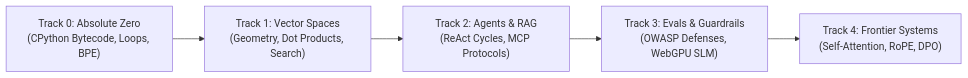
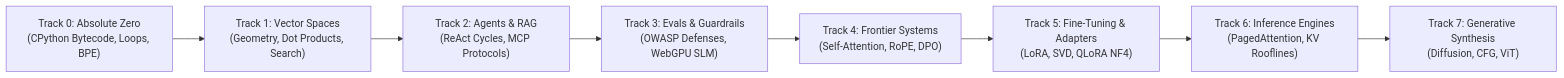
The diagram in explainer.md (Adilrafiq001/OpenGuideForAI), drawn with Mermaid before and after one commit. The commit also changed other lines of this file and 16 other files, not shown here.

````diff
--- a/explainer.md
+++ b/explainer.md
@@ -292,10 +292,13 @@
 ```mermaid
 graph LR
     T0["Track 0: Absolute Zero<br/>(CPython Bytecode, Loops, BPE)"]
     T1["Track 1: Vector Spaces<br/>(Geometry, Dot Products, Search)"]
     T2["Track 2: Agents & RAG<br/>(ReAct Cycles, MCP Protocols)"]
     T3["Track 3: Evals & Guardrails<br/>(OWASP Defenses, WebGPU SLM)"]
     T4["Track 4: Frontier Systems<br/>(Self-Attention, RoPE, DPO)"]
+    T5["Track 5: Fine-Tuning & Adapters<br/>(LoRA, SVD, QLoRA NF4)"]
+    T6["Track 6: Inference Engines<br/>(PagedAttention, KV Rooflines)"]
+    T7["Track 7: Generative Synthesis<br/>(Diffusion, CFG, ViT)"]
 
-    T0 --> T1 --> T2 --> T3 --> T4
+    T0 --> T1 --> T2 --> T3 --> T4 --> T5 --> T6 --> T7
 ```
````
